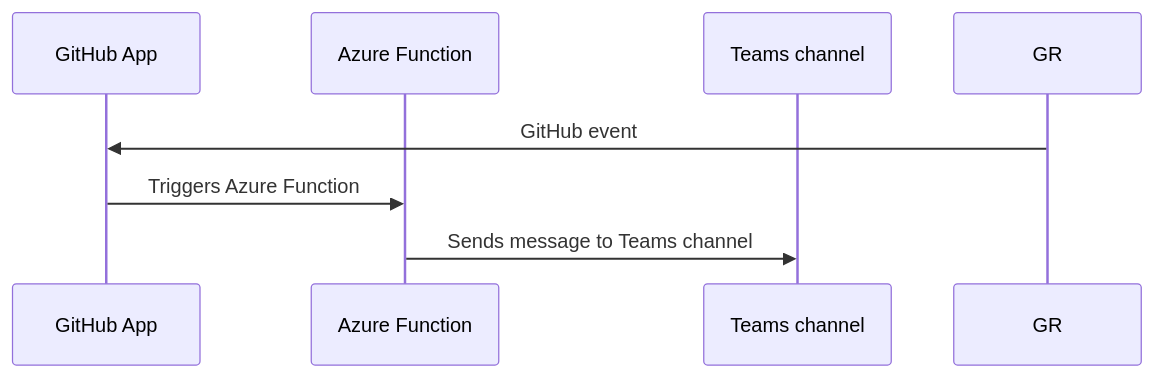
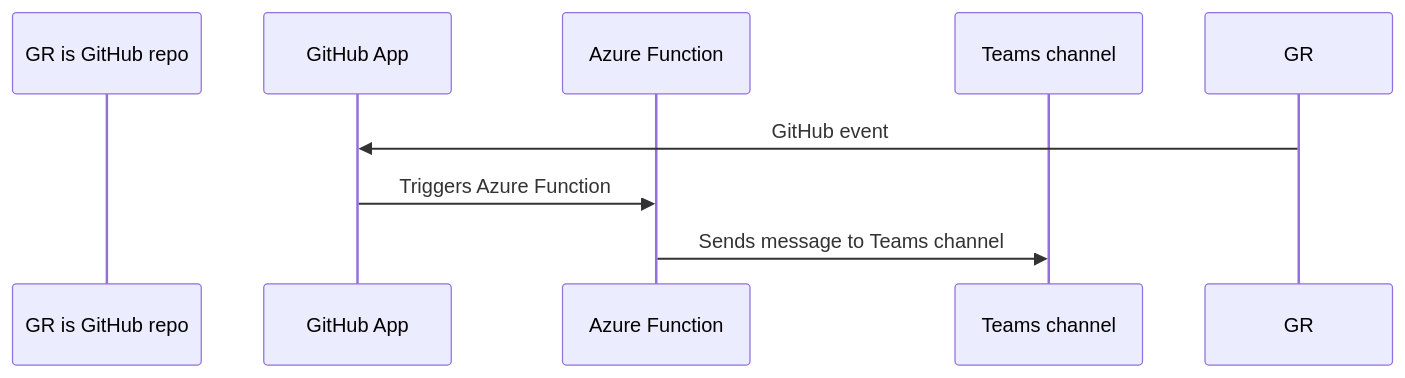
One commit to advanced-security/teams-secret-scanning-notifier-azure-function changed the diagram in README.md. Above: the diagram before and after it, drawn with Mermaid.

Commit message:
Updated diagram with label

````diff
--- a/README.md
+++ b/README.md
@@ -21,9 +21,10 @@
 ```mermaid
 sequenceDiagram
+    participant GR is GitHub repo
     participant GA as GitHub App
     participant AF as Azure Function
     participant TC as Teams channel
     GR->>GA: GitHub event
     GA->>AF: Triggers Azure Function
     AF->>TC: Sends message to Teams channel
 ```
````
